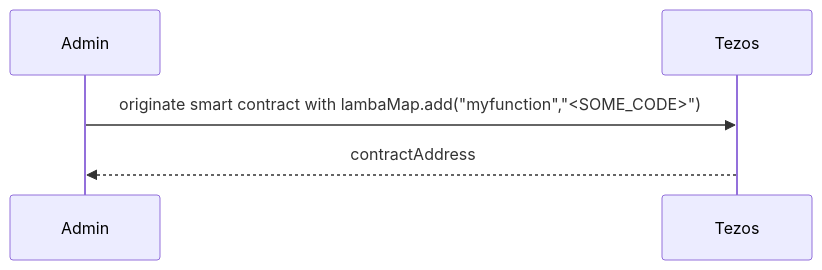
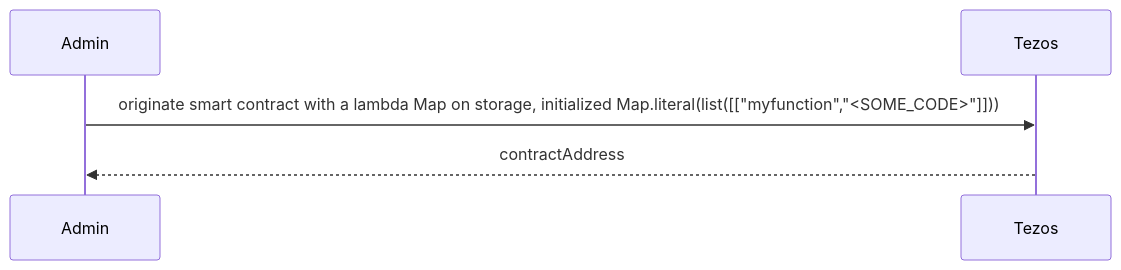
Before and after one commit to marigold-dev/training-dapp-4: the fifth of 7 diagrams in README.md, drawn with Mermaid. The commit also changed other lines of this file and 26 other files, not shown here.

````diff
--- a/README.md
+++ b/README.md
@@ -92,5 +115,5 @@
 ```mermaid
 sequenceDiagram
-  Admin->>Tezos: originate smart contract with lambaMap.add("myfunction","<SOME_CODE>")
+  Admin->>Tezos: originate smart contract with a lambda Map on storage, initialized Map.literal(list([["myfunction","<SOME_CODE>"]]))
   Tezos-->>Admin: contractAddress
 ```
````
